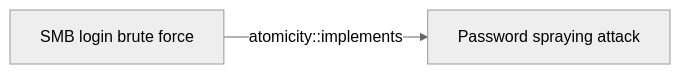
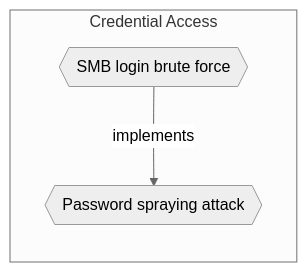
One commit to opentidehq/library changed the diagram in docs/threats/smb-login-brute-force.md. Above: the diagram before and after it, drawn with Mermaid (neutral theme). The commit also changed other lines of this file and 540 other files, not shown here.

````diff
--- a/docs/threats/smb-login-brute-force.md
+++ b/docs/threats/smb-login-brute-force.md
@@ -129,6 +139,8 @@
 ```mermaid
 flowchart LR
-fa4c66c6_a69b_4e16_84cb_7ad8c772af41["SMB login brute force"]
-cc546bbc_f71c_4538_934c_415d6adc293b["Password spraying attack"]
-fa4c66c6_a69b_4e16_84cb_7ad8c772af41 -->|atomicity::implements| cc546bbc_f71c_4538_934c_415d6adc293b
+subgraph "Credential Access"
+fa4c66c6_a69b_4e16_84cb_7ad8c772af41{{"SMB login brute force"}}
+cc546bbc_f71c_4538_934c_415d6adc293b{{"Password spraying attack"}}
+end
+fa4c66c6_a69b_4e16_84cb_7ad8c772af41 -->|implements| cc546bbc_f71c_4538_934c_415d6adc293b
 ```
````
